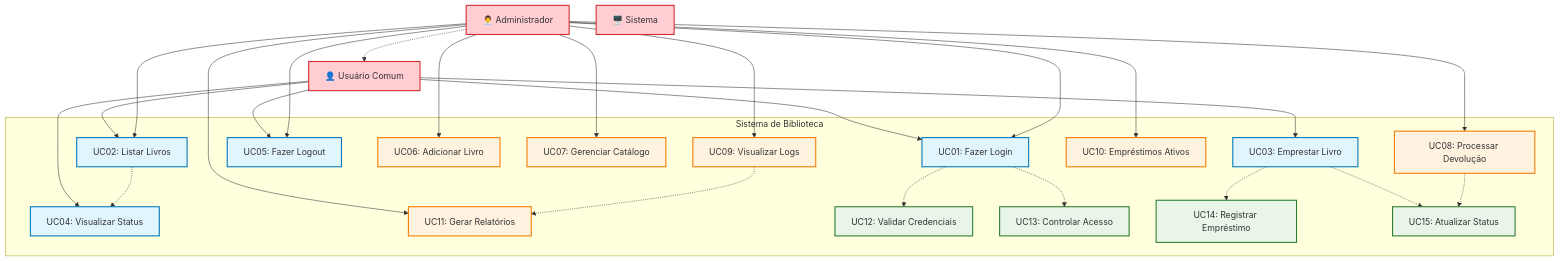
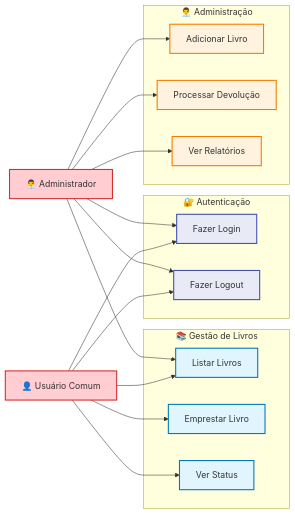
The first of 4 diagrams in docs/diagramas/diagramas_sistema.md (AryelSouza/Projeto-Teste-Software), drawn with Mermaid before and after one commit. The commit also changed other lines of this file and 1 other file, not shown here.

Commit message:
mudando diagrama para ficar mais legivel

````diff
--- a/docs/diagramas/diagramas_sistema.md
+++ b/docs/diagramas/diagramas_sistema.md
@@ -5,72 +15,48 @@
 ```mermaid
-graph TD
+graph LR
     %% Atores
     UC[👤 Usuário Comum]
     AD[👨‍💼 Administrador]
-    SY[🖥️ Sistema]
     
-    %% Casos de Uso Principais
-    subgraph "Sistema de Biblioteca"
-        UC01[UC01: Fazer Login]
-        UC02[UC02: Listar Livros]
-        UC03[UC03: Emprestar Livro]
-        UC04[UC04: Visualizar Status]
-        UC05[UC05: Fazer Logout]
-        
-        %% Casos de Uso Administrativos
-        UC06[UC06: Adicionar Livro]
-        UC07[UC07: Gerenciar Catálogo]
-        UC08[UC08: Processar Devolução]
-        UC09[UC09: Visualizar Logs]
-        UC10[UC10: Empréstimos Ativos]
-        UC11[UC11: Gerar Relatórios]
-        
-        %% Casos de Uso do Sistema
-        UC12[UC12: Validar Credenciais]
-        UC13[UC13: Controlar Acesso]
-        UC14[UC14: Registrar Empréstimo]
-        UC15[UC15: Atualizar Status]
+    %% Funcionalidades Principais
+    subgraph "🔐 Autenticação"
+        LOGIN[Fazer Login]
+        LOGOUT[Fazer Logout]
     end
     
-    %% Relacionamentos Usuário Comum
-    UC --> UC01
-    UC --> UC02
-    UC --> UC03
-    UC --> UC04
-    UC --> UC05
+    subgraph "📚 Gestão de Livros"
+        LISTAR[Listar Livros]
+        EMPRESTAR[Emprestar Livro]
+        STATUS[Ver Status]
+    end
     
-    %% Relacionamentos Administrador
-    AD --> UC01
-    AD --> UC02
-    AD --> UC06
-    AD --> UC07
-    AD --> UC08
-    AD --> UC09
-    AD --> UC10
-    AD --> UC11
-    AD --> UC05
+    subgraph "👨‍💼 Administração"
+        ADD[Adicionar Livro]
+        DEVOLVER[Processar Devolução]
+        RELATORIO[Ver Relatórios]
+    end
     
-    %% Includes
-    UC01 -.-> UC12
-    UC01 -.-> UC13
-    UC03 -.-> UC14
-    UC03 -.-> UC15
-    UC08 -.-> UC15
+    %% Relacionamentos
+    UC --> LOGIN
+    UC --> LISTAR
+    UC --> EMPRESTAR
+    UC --> STATUS
+    UC --> LOGOUT
     
-    %% Extends
-    UC02 -.-> UC04
-    UC09 -.-> UC11
+    AD --> LOGIN
+    AD --> LISTAR
+    AD --> ADD
+    AD --> DEVOLVER
+    AD --> RELATORIO
+    AD --> LOGOUT
     
-    %% Herança
-    AD -.-> UC
-
-    classDef userCase fill:#e1f5fe,stroke:#0277bd,stroke-width:2px
-    classDef adminCase fill:#fff3e0,stroke:#f57c00,stroke-width:2px
-    classDef systemCase fill:#e8f5e8,stroke:#2e7d32,stroke-width:2px
     classDef actor fill:#ffcdd2,stroke:#d32f2f,stroke-width:2px
+    classDef auth fill:#e8eaf6,stroke:#3f51b5,stroke-width:2px
+    classDef user fill:#e1f5fe,stroke:#0277bd,stroke-width:2px
+    classDef admin fill:#fff3e0,stroke:#f57c00,stroke-width:2px
     
-    class UC01,UC02,UC03,UC04,UC05 userCase
-    class UC06,UC07,UC08,UC09,UC10,UC11 adminCase
-    class UC12,UC13,UC14,UC15 systemCase
-    class UC,AD,SY actor
+    class UC,AD actor
+    class LOGIN,LOGOUT auth
+    class LISTAR,EMPRESTAR,STATUS user
+    class ADD,DEVOLVER,RELATORIO admin
 ```
````
